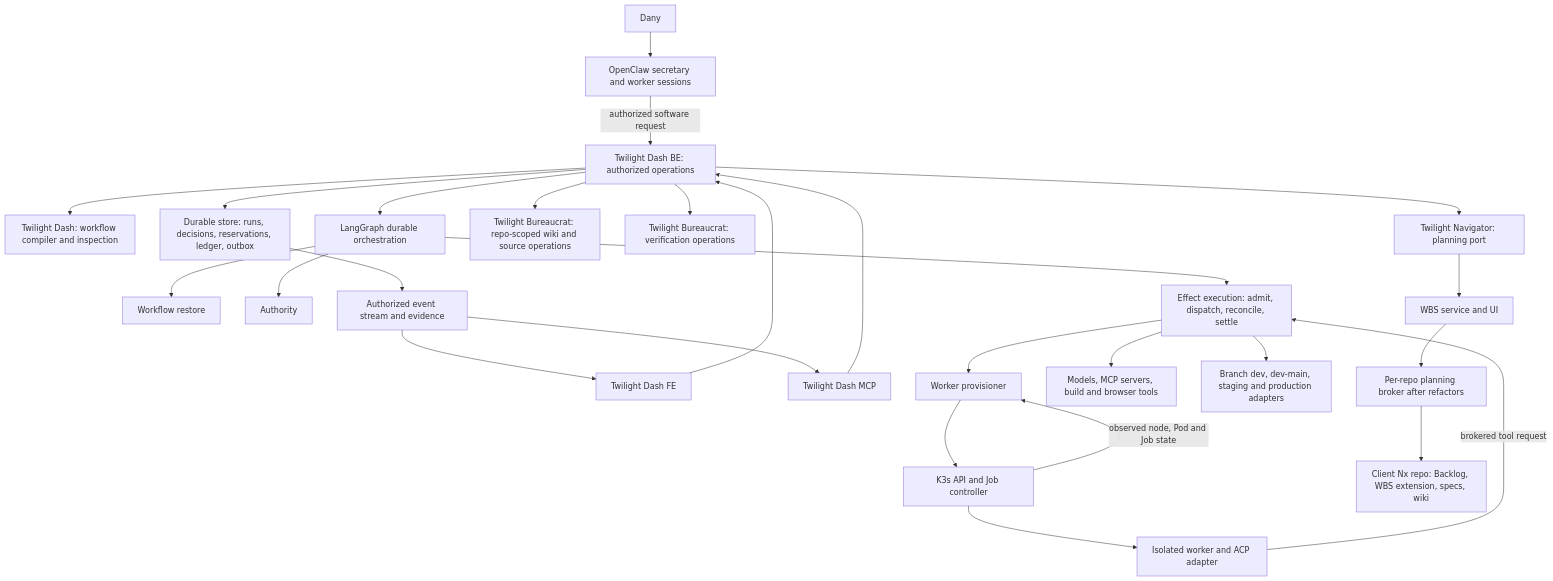
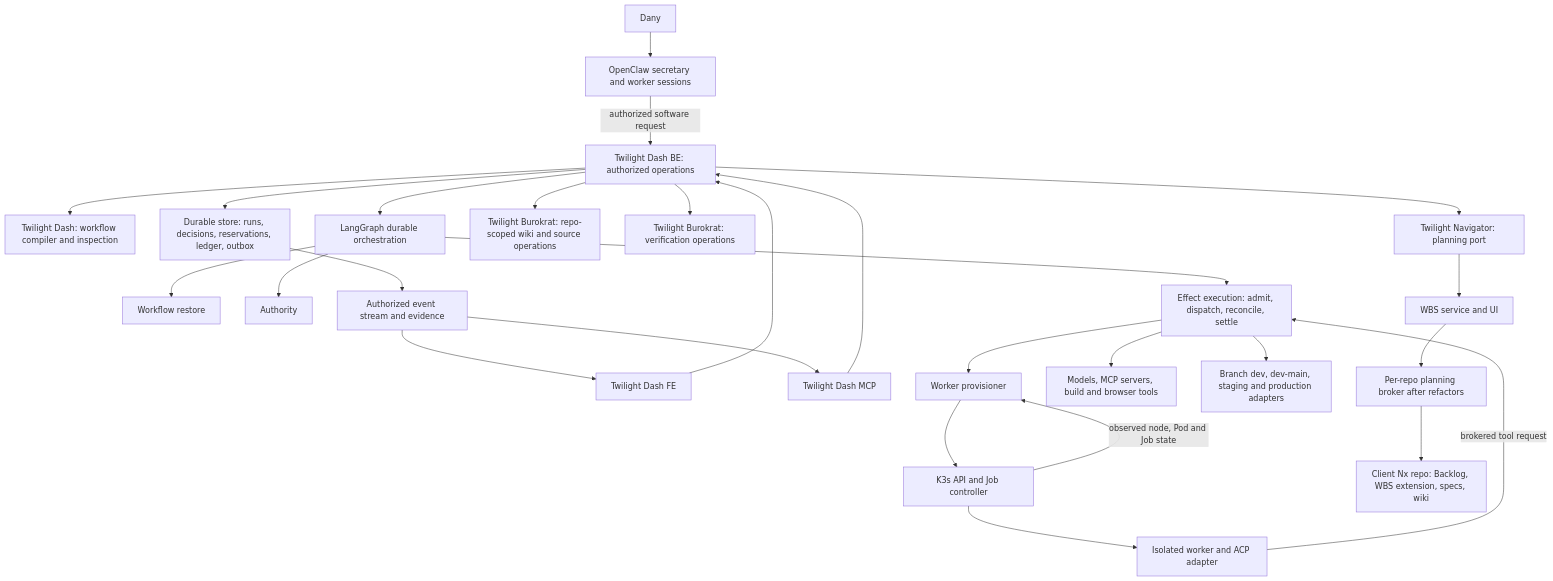
One commit to Prosperous-Unification/puni-00 changed the diagram in openspec/changes/twilight-control-plane/design.md. Above: the diagram before and after it, drawn with Mermaid. The commit also changed other lines of this file and 198 other files, not shown here.

First line of the commit message:
refactor: rename Twilight Bureaucrat to Twilight Burokrat

````diff
--- a/openspec/changes/twilight-control-plane/design.md
+++ b/openspec/changes/twilight-control-plane/design.md
@@ -17,29 +17,29 @@
 ```mermaid
 flowchart TD
   Person[Dany] --> OpenClaw[OpenClaw secretary and worker sessions]
   OpenClaw -- authorized software request --> API
   FE[Twilight Dash FE] --> API[Twilight Dash BE: authorized operations]
   MCP[Twilight Dash MCP] --> API
   API --> Compiler[Twilight Dash: workflow compiler and inspection]
   API --> Store[Durable store: runs, decisions, reservations, ledger, outbox]
   API --> Graph[LangGraph durable orchestration]
   Graph --> Restore[Workflow restore]
   Graph --> Authority
   Graph --> Effects[Effect execution: admit, dispatch, reconcile, settle]
   Effects --> Provisioning[Worker provisioner]
   Provisioning --> K3s[K3s API and Job controller]
   K3s --> Worker[Isolated worker and ACP adapter]
   K3s -- observed node, Pod and Job state --> Provisioning
   Worker -- brokered tool request --> Effects
   Effects --> External[Models, MCP servers, build and browser tools]
   Effects --> Environments[Branch dev, dev-main, staging and production adapters]
-  API --> Knowledge[Twilight Bureaucrat: repo-scoped wiki and source operations]
-  API --> Verification[Twilight Bureaucrat: verification operations]
+  API --> Knowledge[Twilight Burokrat: repo-scoped wiki and source operations]
+  API --> Verification[Twilight Burokrat: verification operations]
   API --> Planning[Twilight Navigator: planning port]
   Planning --> WBS[WBS service and UI]
   WBS --> Broker[Per-repo planning broker after refactors]
   Broker --> Repo[Client Nx repo: Backlog, WBS extension, specs, wiki]
   Store --> Events[Authorized event stream and evidence]
   Events --> FE
   Events --> MCP
 ```
````
